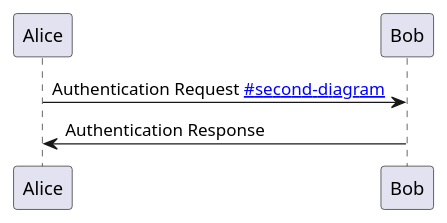
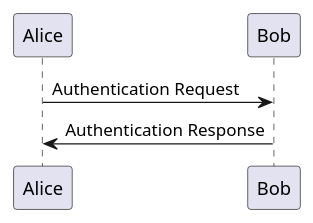
The first of 2 diagrams in wiki/diagrams.md (beckje01/plantuml-test), drawn with PlantUML before and after one commit. The commit also changed 1 other file, not shown here.

Commit message:
chore: Remove link from diagram for debugging
The build is failing, and the cause seems to be the link in the PlantUML diagram. This commit removes the link to confirm if it is the source of the problem. This is a temporary change for debugging.

````diff
--- a/wiki/diagrams.md
+++ b/wiki/diagrams.md
@@ -5,6 +5,6 @@
 ```plantuml
 @startuml
-Alice -> Bob: Authentication Request [[#second-diagram]]
+Alice -> Bob: Authentication Request
 Bob -> Alice: Authentication Response
 @enduml
 ```
````
